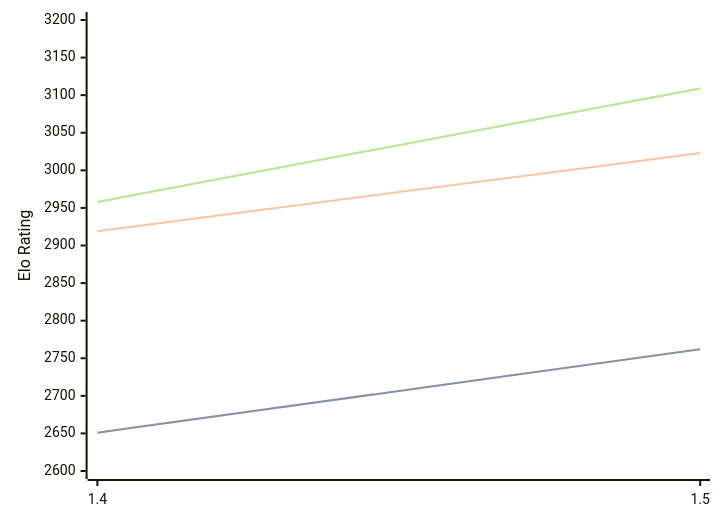
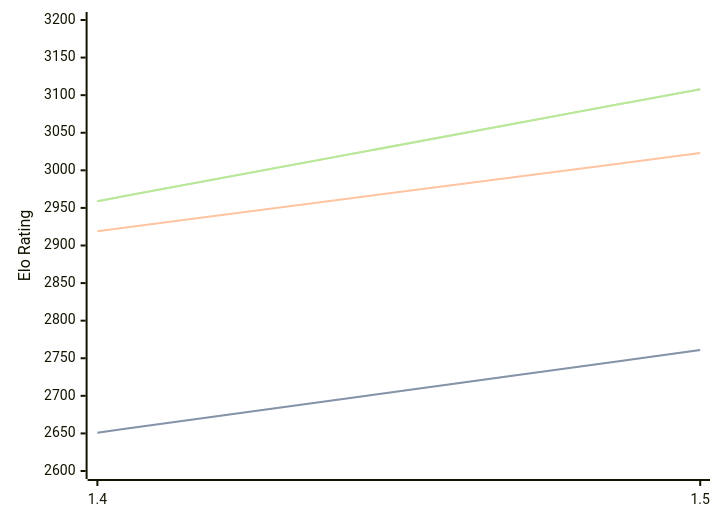
One commit to computer-chess-index/cci changed the diagram in engines/Yakka.md. Above: the diagram before and after it, drawn with Mermaid. The commit also changed other lines of this file, not shown here.

Commit message:
Update CCI Ratings (ELO VLTC) - 2026-09-04

````diff
--- a/engines/Yakka.md
+++ b/engines/Yakka.md
@@ -32,11 +32,11 @@
 ```mermaid
 %%{init: {"theme":"base","themeVariables":{"seriesColors:['#a3a3a3','#222221','#faa371']}}}%%
 xychart-beta
   x-axis ["1.4", "1.5"]
   y-axis "Elo Rating" 2600 --> 3200
-  line "" [2651, 2762]
-  line "STC (8.0+0.08s)" [2651, 2762]
+  line "" [2651, 2761]
+  line "STC (8.0+0.08s)" [2651, 2761]
   line "LTC (60.0+0.60s)" [2919, 3023]
-  line "" [2958, 3109]
-  line "VLTC (2m24s+1.12s)" [2958, 3109]
+  line "" [2959, 3108]
+  line "VLTC (2m24s+1.12s)" [2959, 3108]
 ```
````
